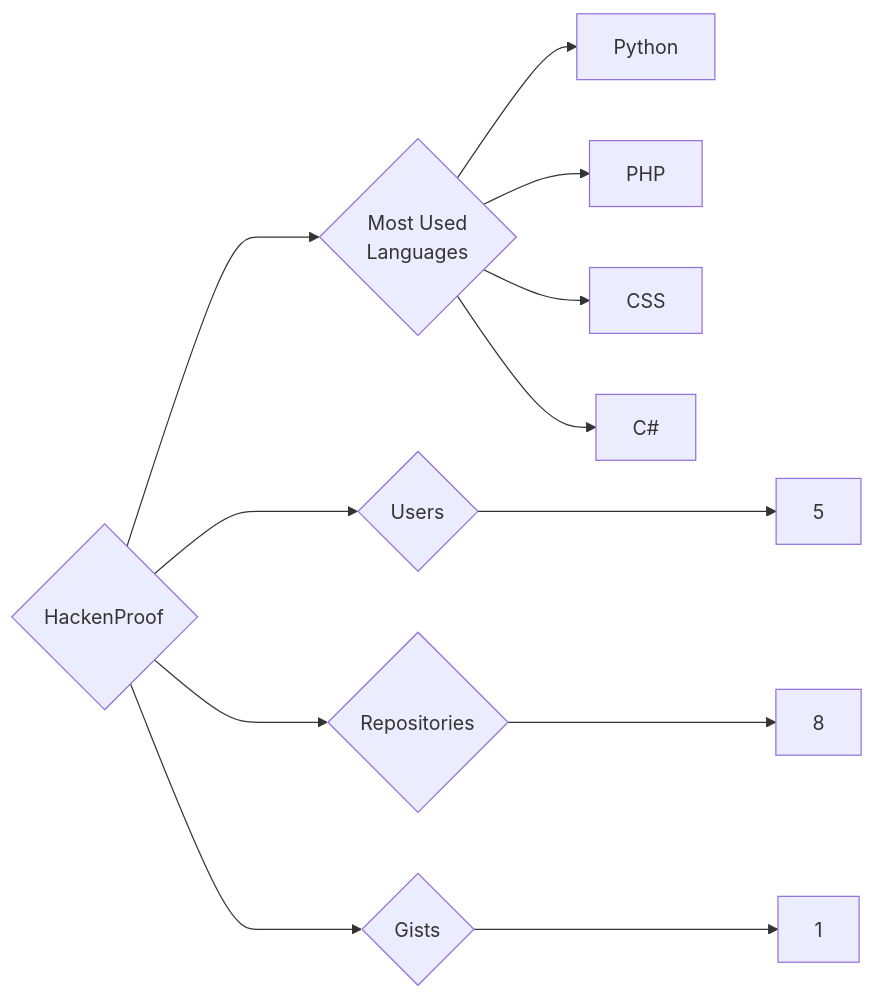
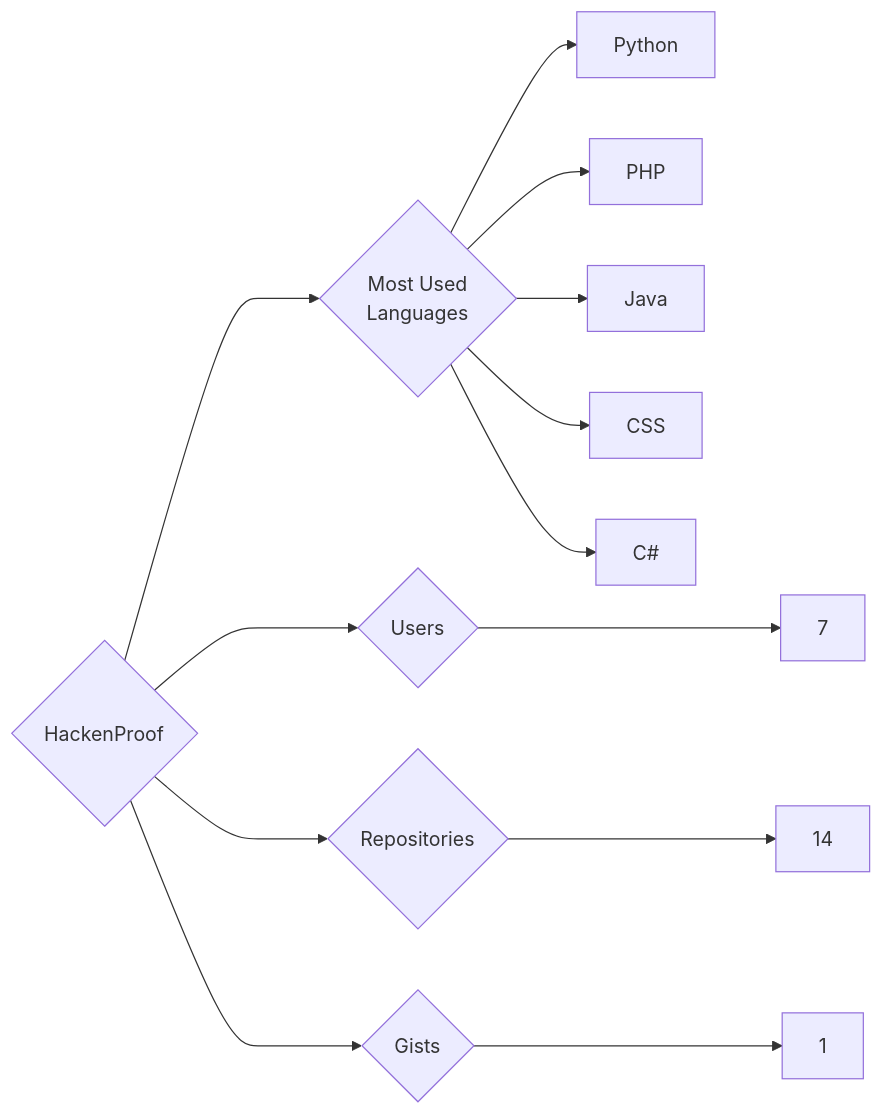
One commit to trickest/insiders changed the diagram in targets/HackenProof/README.md. Above: the diagram before and after it, drawn with Mermaid. The commit also changed 1078 other files, not shown here.

````diff
--- a/targets/HackenProof/README.md
+++ b/targets/HackenProof/README.md
@@ -3,12 +3,13 @@
 ```mermaid
 graph LR
 COMPANY_NAME{HackenProof}
-COMPANY_NAME ---> U{Users} ---> UN[5]
-COMPANY_NAME ---> R{Repositories} ---> RN[8]
+COMPANY_NAME ---> U{Users} ---> UN[7]
+COMPANY_NAME ---> R{Repositories} ---> RN[14]
 COMPANY_NAME ---> G{Gists} ---> GN[1]
 COMPANY_NAME ---> ML{Most Used<br>Languages}
 ML --> Python[Python]
 ML --> PHP[PHP]
+ML --> Java[Java]
 ML --> CSS[CSS]
 ML --> C#[C#]
 ```
````
